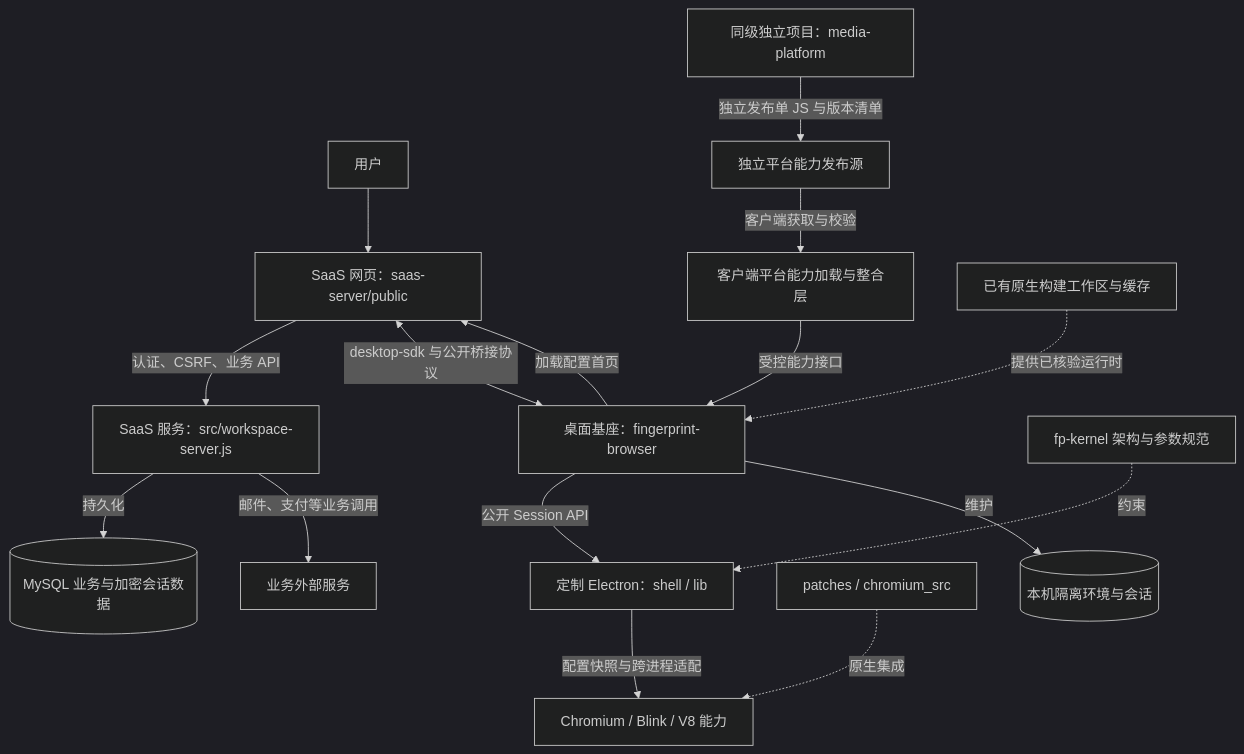
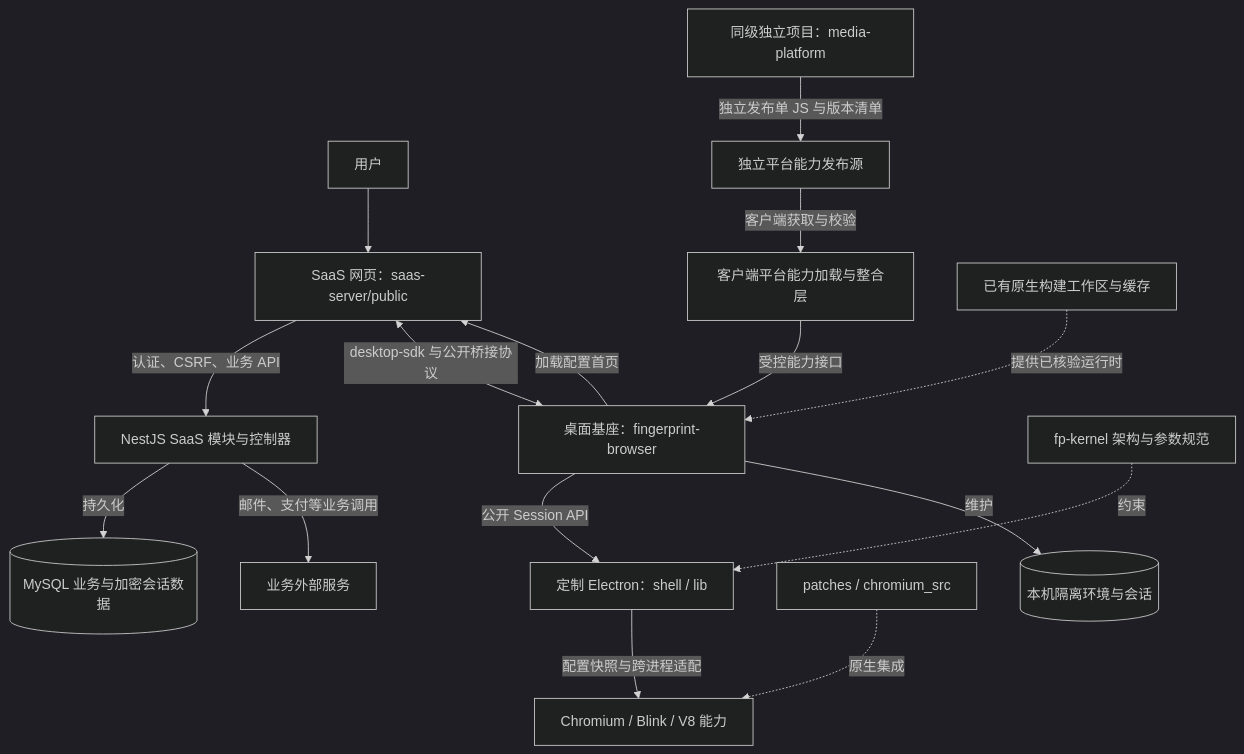
The first of 5 diagrams in docs/项目关系与开发流程.md (gplwzz1989/electron.fingerprint), drawn with Mermaid (dark theme) before and after one commit. The commit also changed 8 other files, not shown here.

Commit message:
将 SaaS HTTP 服务迁移至 NestJS 11

````diff
--- a/docs/项目关系与开发流程.md
+++ b/docs/项目关系与开发流程.md
@@ -7,18 +7,18 @@
 ```mermaid
 flowchart TB
     用户[用户] --> 网页[SaaS 网页：saas-server/public]
-    网页 -->|认证、CSRF、业务 API| 服务[SaaS 服务：src/workspace-server.js]
+    网页 -->|认证、CSRF、业务 API| 服务[NestJS SaaS 模块与控制器]
     服务 -->|持久化| 数据库[(MySQL 业务与加密会话数据)]
     服务 -->|邮件、支付等业务调用| 外部[业务外部服务]
     平台[同级独立项目：media-platform] -->|独立发布单 JS 与版本清单| 资源[独立平台能力发布源]
     资源 -->|客户端获取与校验| 宿主[客户端平台能力加载与整合层]
     宿主 -->|受控能力接口| 桌面
     网页 <-->|desktop-sdk 与公开桥接协议| 桌面[桌面基座：fingerprint-browser]
     桌面 -->|加载配置首页| 网页
     桌面 -->|公开 Session API| 内核[定制 Electron：shell / lib]
     内核 -->|配置快照与跨进程适配| 能力[Chromium / Blink / V8 能力]
     补丁[patches / chromium_src] -.->|原生集成| 能力
     规范[fp-kernel 架构与参数规范] -.->|约束| 内核
     桌面 -->|维护| 本机[(本机隔离环境与会话)]
     构建[已有原生构建工作区与缓存] -.->|提供已核验运行时| 桌面
 ```
````
